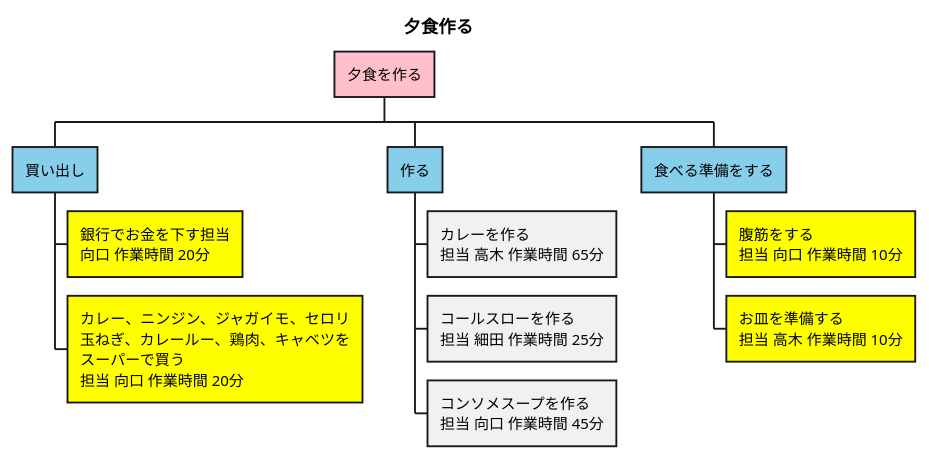
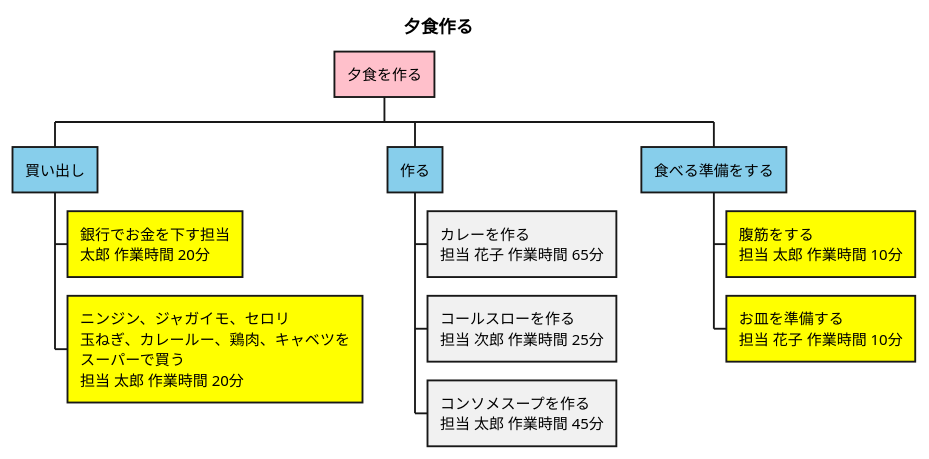
One commit to Morijyobi-guchi/dinner_project changed the diagram in WBS_夕食をつくる.pu. Above: the diagram before and after it, drawn with PlantUML. The commit also changed 2 other files, not shown here.

```diff
--- a/WBS_夕食をつくる.pu
+++ b/WBS_夕食をつくる.pu
@@ -1,14 +1,14 @@
 @startwbs dinnerを作る
 title 夕食作る 
 *[#Pink] 夕食を作る
 **[#SkyBlue] 買い出し
-***[#Yellow] 銀行でお金を下す担当\n向口 作業時間 20分
-***[#Yellow] カレー、ニンジン、ジャガイモ、セロリ\n玉ねぎ、カレールー、鶏肉、キャベツを\nスーパーで買う\n担当 向口 作業時間 20分
+***[#Yellow] 銀行でお金を下す担当\n太郎 作業時間 20分
+***[#Yellow] ニンジン、ジャガイモ、セロリ\n玉ねぎ、カレールー、鶏肉、キャベツを\nスーパーで買う\n担当 太郎 作業時間 20分
 **[#SkyBlue] 作る
-*** カレーを作る\n担当 高木 作業時間 65分
-*** コールスローを作る\n担当 細田 作業時間 25分
-*** コンソメスープを作る\n担当 向口 作業時間 45分
+*** カレーを作る\n担当 花子 作業時間 65分
+*** コールスローを作る\n担当 次郎 作業時間 25分
+*** コンソメスープを作る\n担当 太郎 作業時間 45分
 **[#SkyBlue] 食べる準備をする
-***[#Yellow] 腹筋をする\n担当 向口 作業時間 10分
-***[#Yellow] お皿を準備する\n担当 高木 作業時間 10分
+***[#Yellow] 腹筋をする\n担当 太郎 作業時間 10分
+***[#Yellow] お皿を準備する\n担当 花子 作業時間 10分
 @endwbs
```
